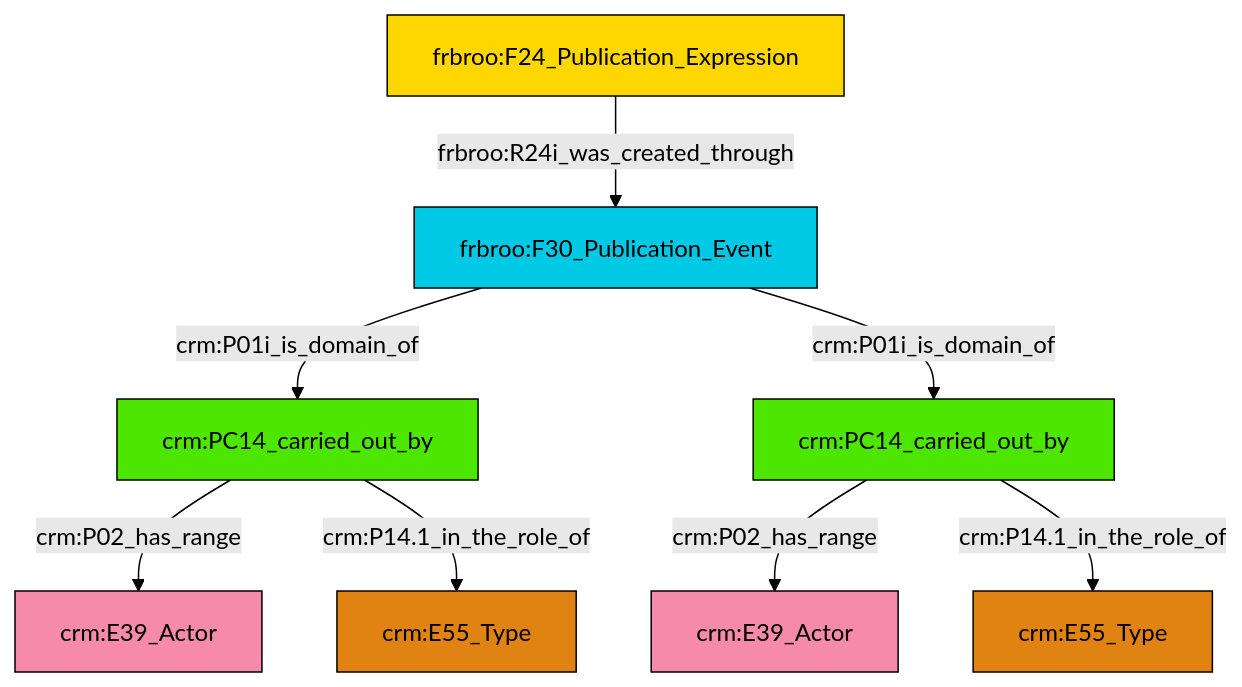
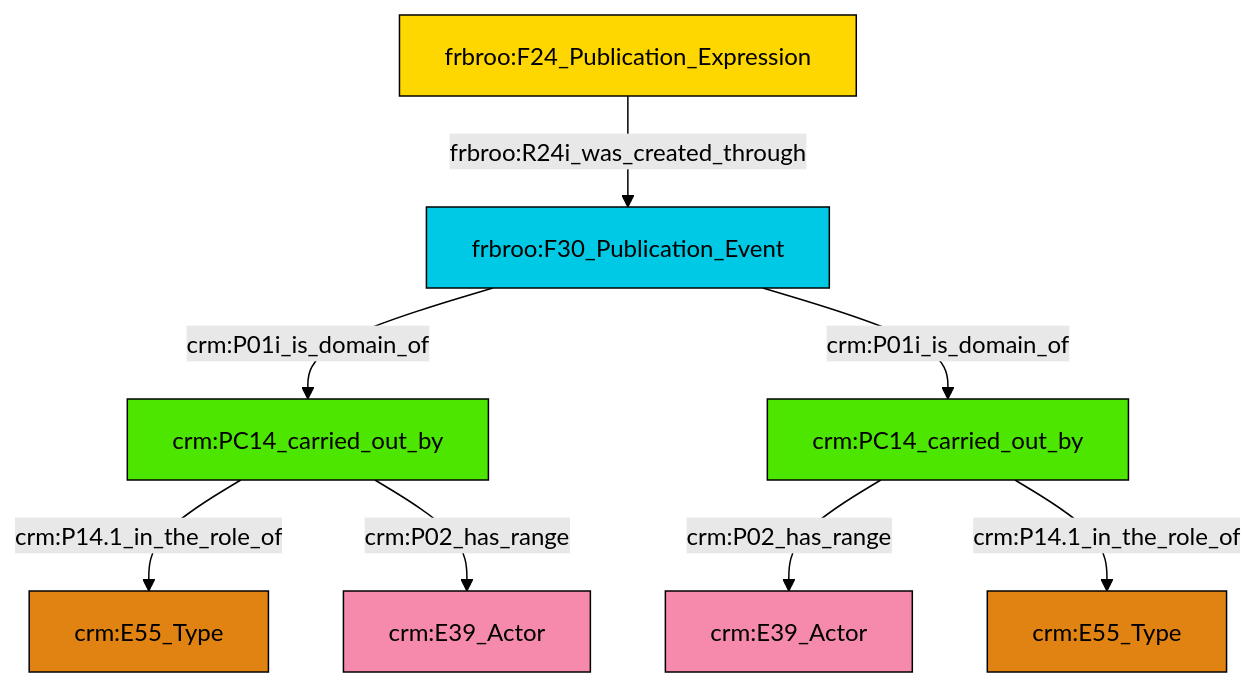
One commit to swiss-art-research-net/docs.swissartresearch changed the diagram in et/biblioCSV/ttl/mmd/biblio_actor_relations.ttl.mmd. Above: the diagram before and after it, drawn with Mermaid (forest theme). The commit also changed 181 other files, not shown here.

```diff
--- a/et/biblioCSV/ttl/mmd/biblio_actor_relations.ttl.mmd
+++ b/et/biblioCSV/ttl/mmd/biblio_actor_relations.ttl.mmd
@@ -1,22 +1,22 @@
 graph TD
 classDef Literal fill:#f2f2f2,stroke:#000000;
 classDef CRM_Entity fill:#FFFFFF,stroke:#000000;
 classDef Temporal_Entity fill:#00C9E6, stroke:#000000;
 classDef Type fill:#E18312, stroke:#000000;
 classDef Time-Span fill:#2C9C91, stroke:#000000;
 classDef Appellation fill:#FFEB7F, stroke:#000000;
 classDef Place fill:#008836, stroke:#000000;
 classDef Persistent_Item fill:#B266B2, stroke:#000000;
 classDef Conceptual_Object fill:#FFD700, stroke:#000000;
 classDef Physical_Thing fill:#D2B48C, stroke:#000000;
 classDef Actor fill:#f58aad, stroke:#000000;
 classDef PC_Classes fill:#4ce600, stroke:#000000;
 classDef Multi fill:#cccccc,stroke:#000000;
 
 2["crm:PC14_carried_out_by"]:::PC_Classes -->|crm:P02_has_range| 3["crm:E39_Actor"]:::Actor
-8["crm:PC14_carried_out_by"]:::PC_Classes -->|crm:P02_has_range| 9["crm:E39_Actor"]:::Actor
-0["frbroo:F30_Publication_Event"]:::Temporal_Entity -->|crm:P01i_is_domain_of| 8["crm:PC14_carried_out_by"]:::PC_Classes
-12["frbroo:F24_Publication_Expression"]:::Conceptual_Object -->|frbroo:R24i_was_created_through| 0["frbroo:F30_Publication_Event"]:::Temporal_Entity
-2["crm:PC14_carried_out_by"]:::PC_Classes -->|crm:P14.1_in_the_role_of| 6["crm:E55_Type"]:::Type
-8["crm:PC14_carried_out_by"]:::PC_Classes -->|crm:P14.1_in_the_role_of| 13["crm:E55_Type"]:::Type
-0["frbroo:F30_Publication_Event"]:::Temporal_Entity -->|crm:P01i_is_domain_of| 2["crm:PC14_carried_out_by"]:::PC_Classes
+4["frbroo:F24_Publication_Expression"]:::Conceptual_Object -->|frbroo:R24i_was_created_through| 5["frbroo:F30_Publication_Event"]:::Temporal_Entity
+2["crm:PC14_carried_out_by"]:::PC_Classes -->|crm:P14.1_in_the_role_of| 0["crm:E55_Type"]:::Type
+6["crm:PC14_carried_out_by"]:::PC_Classes -->|crm:P14.1_in_the_role_of| 7["crm:E55_Type"]:::Type
+5["frbroo:F30_Publication_Event"]:::Temporal_Entity -->|crm:P01i_is_domain_of| 6["crm:PC14_carried_out_by"]:::PC_Classes
+6["crm:PC14_carried_out_by"]:::PC_Classes -->|crm:P02_has_range| 9["crm:E39_Actor"]:::Actor
+5["frbroo:F30_Publication_Event"]:::Temporal_Entity -->|crm:P01i_is_domain_of| 2["crm:PC14_carried_out_by"]:::PC_Classes
```
